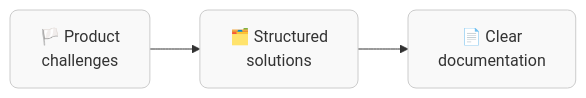
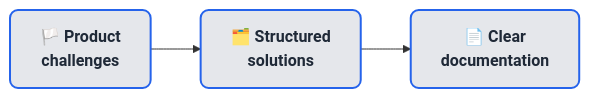
Before and after one commit to mikeshogin/mikeshogin.github.io: the diagram in docs/index.md, drawn with Mermaid. The commit also changed other lines of this file and 5 other files, not shown here.

````diff
--- a/docs/index.md
+++ b/docs/index.md
@@ -22,7 +25,7 @@
 ```mermaid
 flowchart LR
     A[🏳️ Product<br/>challenges] --> B[🗂️ Structured<br/>solutions] --> C[📄 Clear<br/>documentation]
 
-    classDef boxStyle fill:#f9f9f9,stroke:#ccc,stroke-width:1px,rx:8,ry:8;
-    class A,B,C boxStyle;
+    classDef nodeStyle fill:#e5e7eb,stroke:#2563eb,stroke-width:2px,rx:8,ry:8,color:#1f2937,font-weight:bold;
+    class A,B,C nodeStyle;
 ```
````
